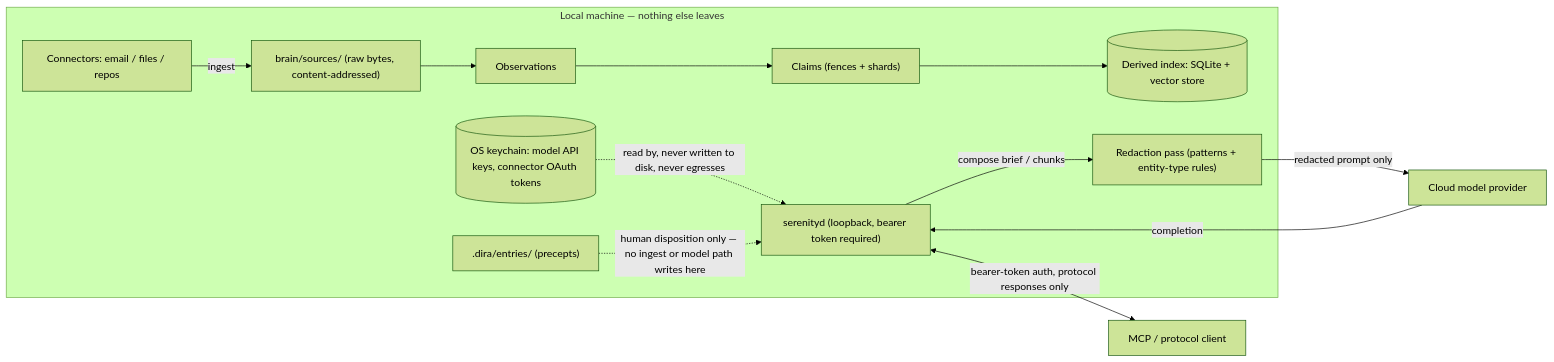
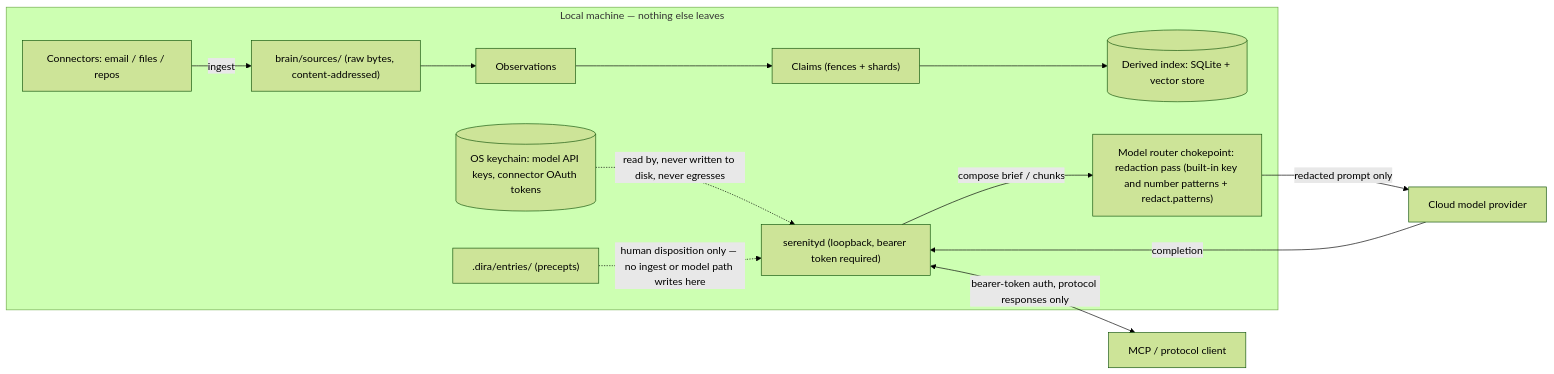
One commit to sirerun/serenity changed the diagram in docs/threat-model.md. Above: the diagram before and after it, drawn with Mermaid (forest theme). The commit also changed other lines of this file and 1 other file, not shown here.

First line of the commit message:
docs(threat-model,readme): describe the router redaction chokepoint and redact.patterns (T24.12)

````diff
--- a/docs/threat-model.md
+++ b/docs/threat-model.md
@@ -91,26 +95,26 @@
 ```mermaid
 flowchart LR
   subgraph local["Local machine — nothing else leaves"]
     CONN[Connectors: email / files / repos]
     SRC["brain/sources/ (raw bytes, content-addressed)"]
     OBS[Observations]
     CLAIMS["Claims (fences + shards)"]
     PRE[".dira/entries/ (precepts)"]
     INDEX[("Derived index: SQLite + vector store")]
     KEYCHAIN[("OS keychain: model API keys, connector OAuth tokens")]
     DAEMON["serenityd (loopback, bearer token required)"]
-    REDACT["Redaction pass (patterns + entity-type rules)"]
+    REDACT["Model router chokepoint: redaction pass (built-in key and number patterns + redact.patterns)"]
   end
   MCPCLIENT["MCP / protocol client"]
   CLOUDMODEL["Cloud model provider"]
 
   CONN -->|ingest| SRC
   SRC --> OBS --> CLAIMS
   CLAIMS --> INDEX
   DAEMON <-->|"bearer-token auth, protocol responses only"| MCPCLIENT
   DAEMON -->|"compose brief / chunks"| REDACT
   REDACT -->|"redacted prompt only"| CLOUDMODEL
   CLOUDMODEL -->|completion| DAEMON
   KEYCHAIN -.->|"read by, never written to disk, never egresses"| DAEMON
   PRE -.->|"human disposition only — no ingest or model path writes here"| DAEMON
 ```
````
